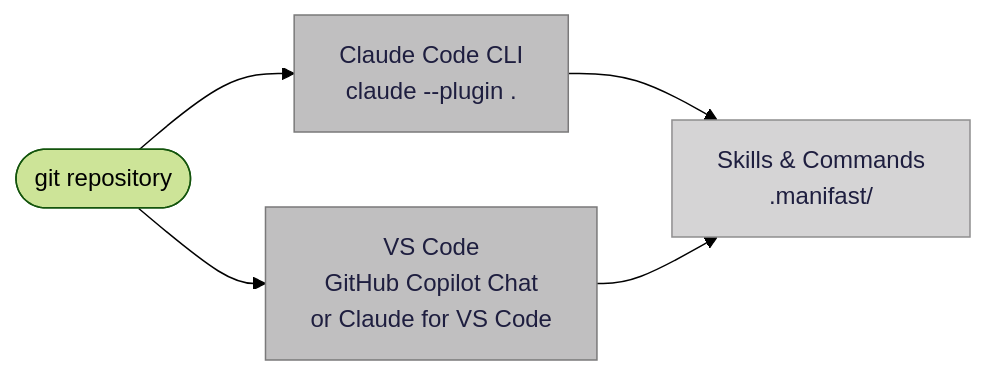
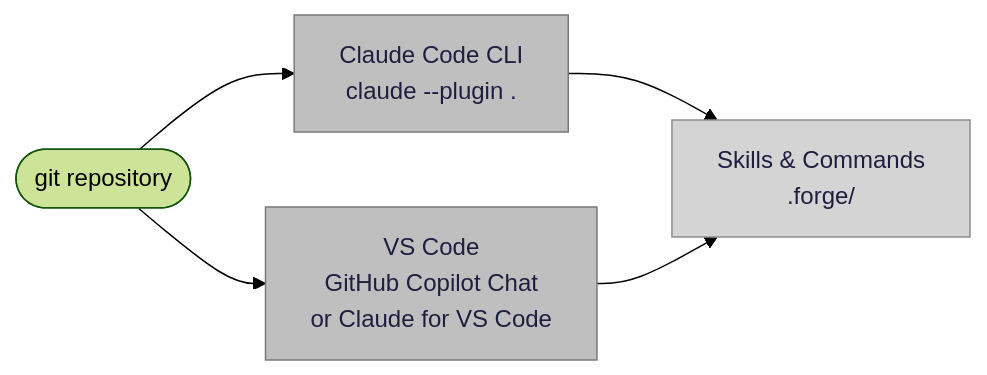
One commit to cooperacode/forge changed the third of 9 diagrams in RESEARCH.md. Above: the diagram before and after it, drawn with Mermaid (forest theme). The commit also changed other lines of this file and 41 other files, not shown here.

````diff
--- a/RESEARCH.md
+++ b/RESEARCH.md
@@ -166,16 +166,16 @@
 ```mermaid
 
 flowchart LR
     REPO([git repository]) --> CC
     REPO --> VS
 
     CC["Claude Code CLI<br/>claude --plugin ."]
     VS["VS Code<br/>GitHub Copilot Chat<br/>or Claude for VS Code"]
 
-    CC --> SKILLS["Skills & Commands<br/>.manifast/"]
+    CC --> SKILLS["Skills & Commands<br/>.forge/"]
     VS --> SKILLS
 
     style CC fill:#c0bfc0,stroke:#7a797a,color:#1e1e3f
     style VS fill:#c0bfc0,stroke:#7a797a,color:#1e1e3f
     style SKILLS fill:#d5d4d5,stroke:#8f8e8f,color:#1e1e3f
 ```
````
